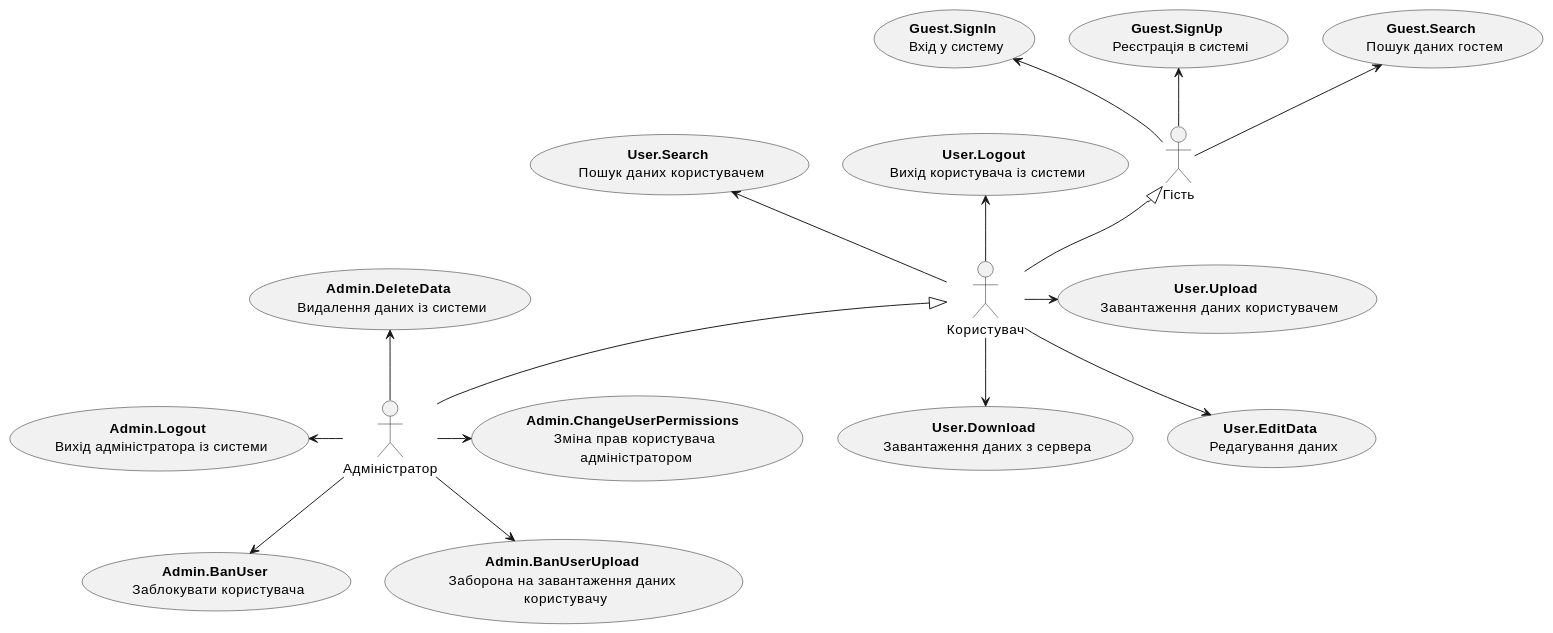
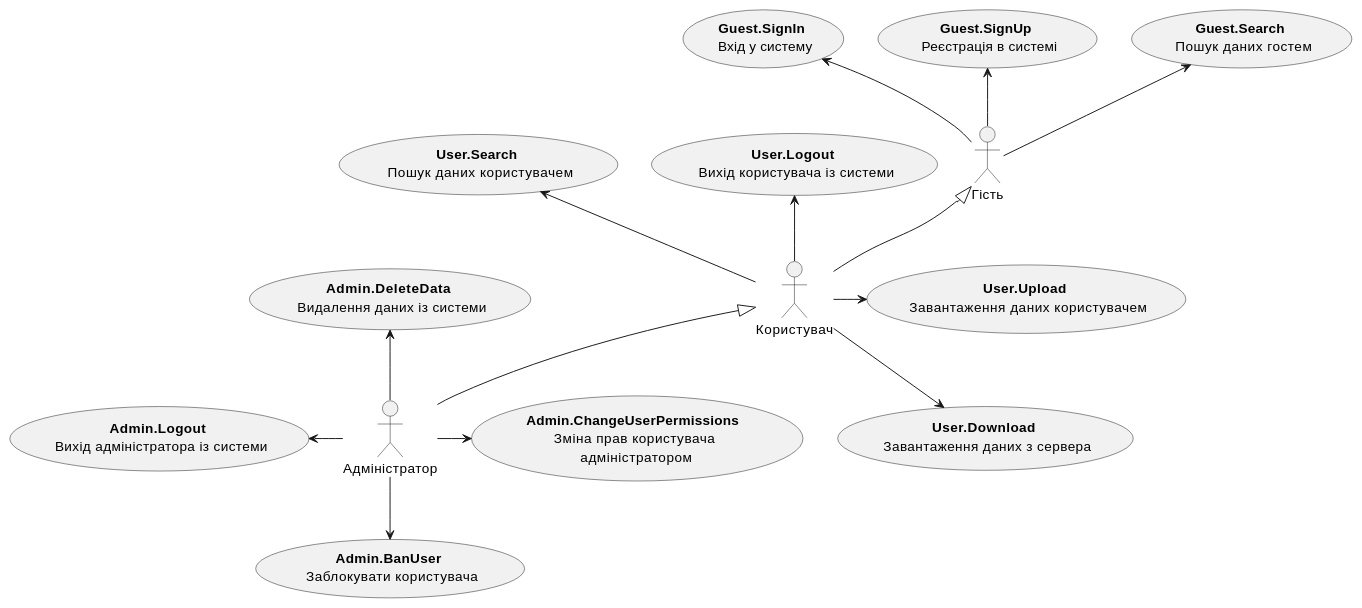
The first of 4 diagrams in docs/use_cases.md (ukrustacean/db-team-project), drawn with PlantUML before and after one commit. The commit also changed other lines of this file, not shown here.

Commit message:
Add two diagrams in use_cases.md and small fixes

```diff
--- a/docs/use_cases.md
+++ b/docs/use_cases.md
@@ -12,42 +12,38 @@
 @startuml
 
     actor "Гість" as Guest
     actor "Користувач" as User
     actor "Адміністратор" as Admin
 
     usecase "<b>Guest.Search<b> \n Пошук даних гостем" as GS
     usecase "<b>Guest.SignUp<b> \n Реєстрація в системі" as GSU
     usecase "<b>Guest.SignIn<b> \n Вхід у систему" as GSI
 
     usecase "<b>User.Logout<b> \n Вихід користувача із системи" as ULO
     usecase "<b>User.Search<b> \n Пошук даних користувачем" as US
     usecase "<b>User.Download<b> \n Завантаження даних з сервера" as UD
     usecase "<b>User.Upload<b> \n Завантаження даних користувачем" as UUP
-    usecase "<b>User.EditData<b> \n Редагування даних" as UED
 
     usecase "<b>Admin.Logout<b> \n Вихід адміністратора із системи" as ALI
     usecase "<b>Admin.ChangeUserPermissions<b> \n Зміна прав користувача \n адміністратором" as ACUP
     usecase "<b>Admin.BanUser<b> \n Заблокувати користувача" as ABU
-    usecase "<b>Admin.BanUserUpload<b> \n Заборона на завантаження даних  \n користувачу" as BUU
     usecase "<b>Admin.DeleteData<b> \n Видалення даних із системи" as ADD
     
     Guest -u-> GS
     Guest -u-> GSU
     Guest -u-> GSI
 
     User -u-> ULO
     User -u-> US
     User -r-> UUP
     User -d-> UD
-    User -d-> UED
 
     Admin -l-> ALI 
     Admin -r-> ACUP 
     Admin -d-> ABU
-    Admin -d-> BUU
     Admin -u-> ADD
 
     Admin -u-|> User
     User -u-|> Guest
 
 @enduml
```
